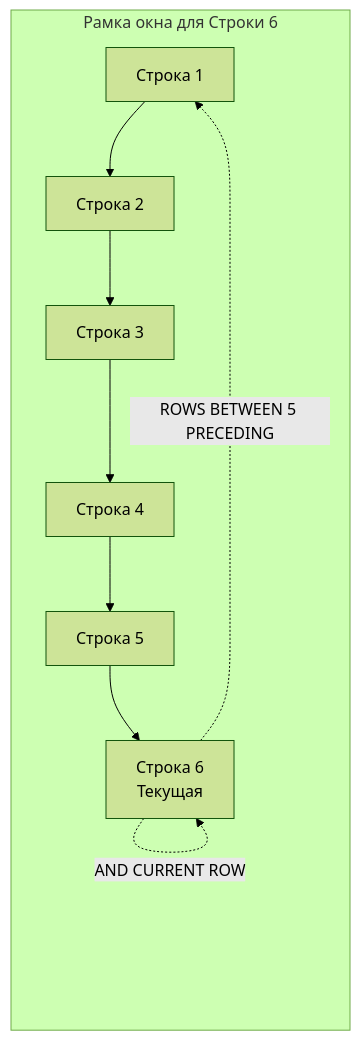
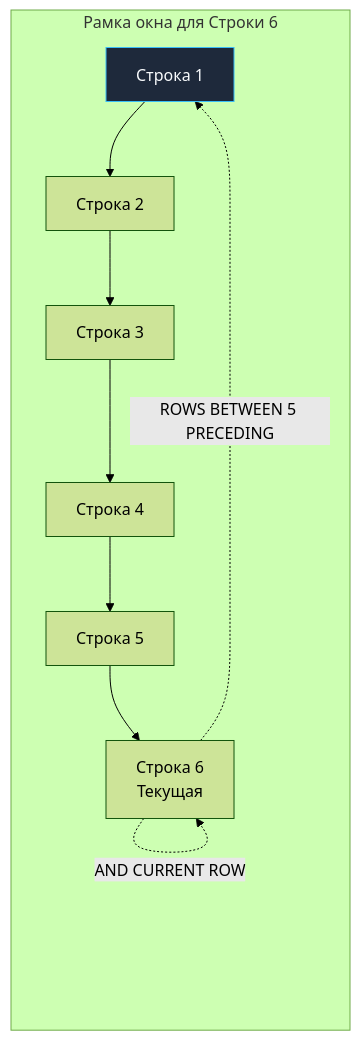
The diagram in sources/12. Базы данных/03. SQL продвинутый/6. Агрегация с оконными функциями.md (UnrealTemplier/go-textbook), drawn with Mermaid (forest theme) before and after one commit. The commit also changed 1666 other files, not shown here.

First line of the commit message:
feat(mermaid): add semantic color classDef to 1369 colorless flowchart/graph diagrams

````diff
--- a/sources/12. Базы данных/03. SQL продвинутый/6. Агрегация с оконными функциями.md
+++ b/sources/12. Базы данных/03. SQL продвинутый/6. Агрегация с оконными функциями.md
@@ -60,19 +60,29 @@
 ```mermaid
 flowchart LR
-    A["Строка 1"] --> B["Строка 2"]
+    classDef process  fill:#1e293b,stroke:#38bdf8,stroke-width:1px,color:#f8fafc
+    classDef success  fill:#064e3b,stroke:#34d399,stroke-width:1px,color:#f8fafc
+    classDef error    fill:#7f1d1d,stroke:#f87171,stroke-width:1px,color:#f8fafc
+    classDef warning  fill:#78350f,stroke:#fbbf24,stroke-width:1px,color:#f8fafc
+    classDef entry    fill:#1e3a5f,stroke:#38bdf8,stroke-width:2px,color:#f8fafc
+    classDef aux      fill:#334155,stroke:#64748b,stroke-width:1px,color:#f8fafc
+    classDef system   fill:#312e81,stroke:#a78bfa,stroke-width:1px,color:#f8fafc
+    classDef data     fill:#132d29,stroke:#2dd4bf,stroke-width:1px,color:#f8fafc
+    classDef network  fill:#881337,stroke:#fb7185,stroke-width:1px,color:#f8fafc
+    classDef accent   fill:#1e1b4b,stroke:#818cf8,stroke-width:1px,color:#f8fafc
+    A["Строка 1"]:::process --> B["Строка 2"]
     B --> C["Строка 3"]
     C --> D["Строка 4"]
     D --> E["Строка 5"]
     E --> F["Строка 6<br>Текущая"]
     
     F -.->|"ROWS BETWEEN 5 PRECEDING"| A
     F -.->|"AND CURRENT ROW"| F
     subgraph Frame ["Рамка окна для Строки 6"]
         A
         B
         C
         D
         E
         F
     end
 ```
````
